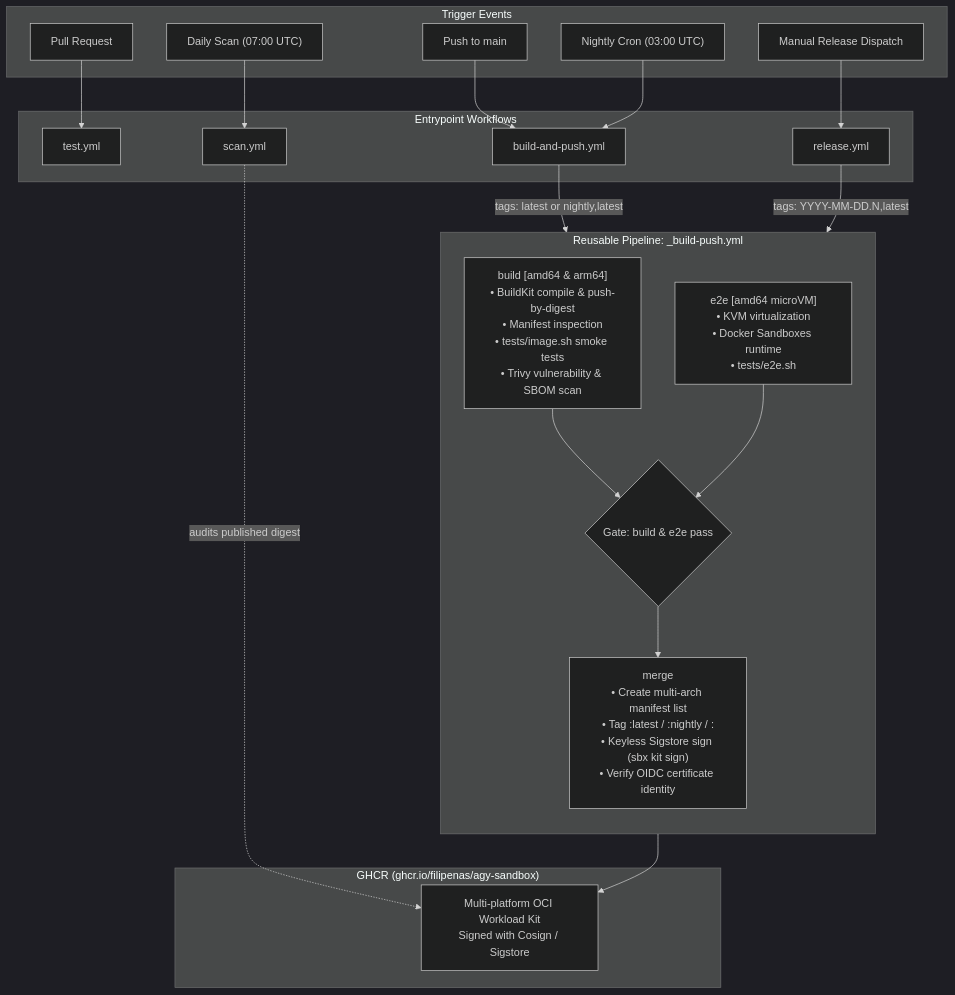
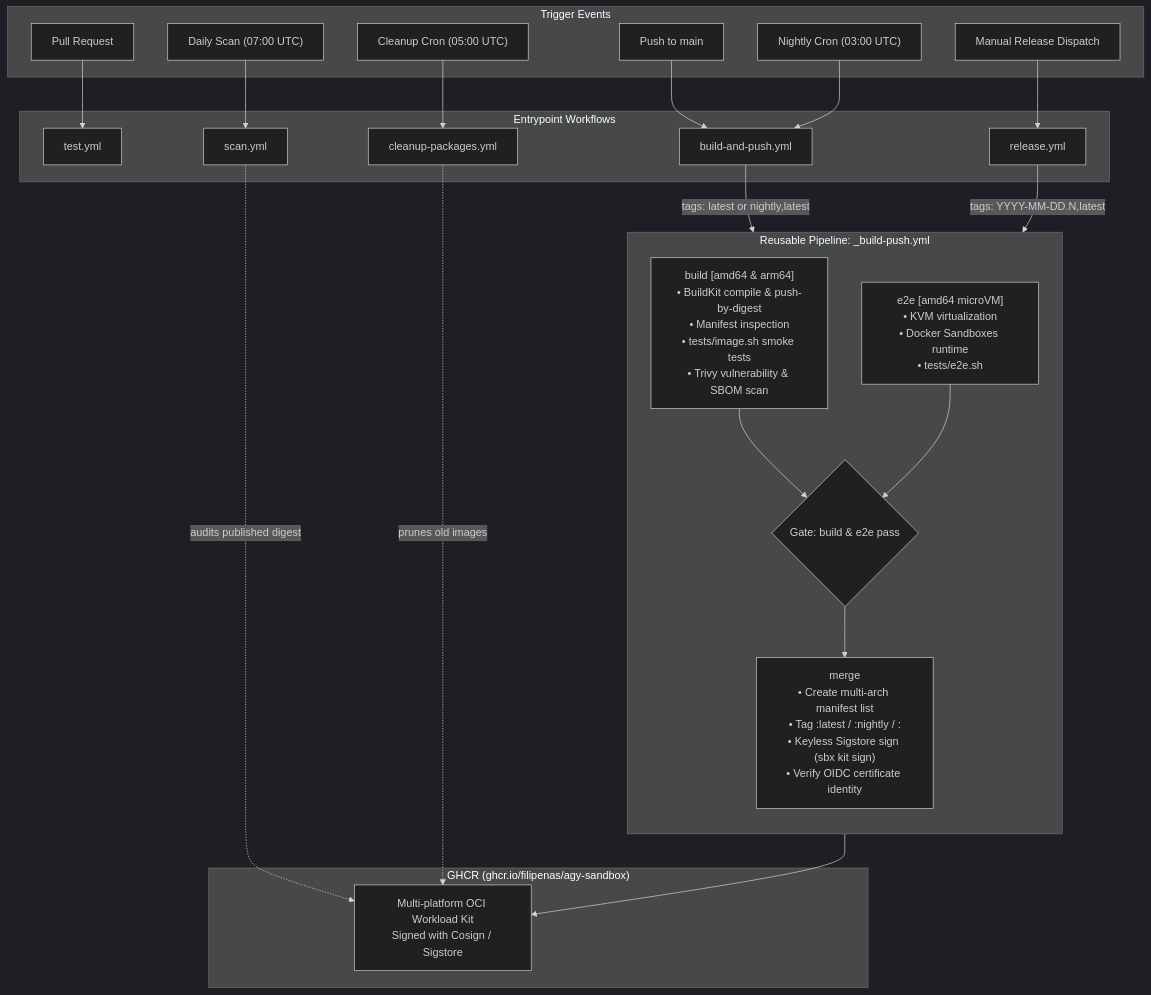
Before and after one commit to FilipeNas/agy-sandbox: the first of 2 diagrams in .github/workflows/README.md, drawn with Mermaid (dark theme). The commit also changed other lines of this file and 4 other files, not shown here.

````diff
--- a/.github/workflows/README.md
+++ b/.github/workflows/README.md
@@ -14,44 +15,48 @@
 ```mermaid
 flowchart TD
     subgraph Triggers["Trigger Events"]
         PR["Pull Request"]
         PushMain["Push to main"]
         Nightly["Nightly Cron (03:00 UTC)"]
         RelDispatch["Manual Release Dispatch"]
+        CleanupCron["Cleanup Cron (05:00 UTC)"]
         ScanCron["Daily Scan (07:00 UTC)"]
     end
 
     subgraph Entrypoints["Entrypoint Workflows"]
         TestWf["test.yml"]
         BuildPushWf["build-and-push.yml"]
         ReleaseWf["release.yml"]
+        CleanupWf["cleanup-packages.yml"]
         ScanWf["scan.yml"]
     end
 
     subgraph Core["Reusable Pipeline: _build-push.yml"]
         direction TB
         BuildMatrix["build [amd64 & arm64]<br/>• BuildKit compile & push-by-digest<br/>• Manifest inspection<br/>• tests/image.sh smoke tests<br/>• Trivy vulnerability & SBOM scan"]
         E2E["e2e [amd64 microVM]<br/>• KVM virtualization<br/>• Docker Sandboxes runtime<br/>• tests/e2e.sh"]
         MergeGate{"Gate: build & e2e pass"}
         PublishSign["merge<br/>• Create multi-arch manifest list<br/>• Tag :latest / :nightly / :<version><br/>• Keyless Sigstore sign (sbx kit sign)<br/>• Verify OIDC certificate identity"]
 
         BuildMatrix --> MergeGate
         E2E --> MergeGate
         MergeGate --> PublishSign
     end
 
     subgraph Registry["GHCR (ghcr.io/filipenas/agy-sandbox)"]
         GHCR["Multi-platform OCI Workload Kit<br/>Signed with Cosign / Sigstore"]
     end
 
     PR --> TestWf
     PushMain --> BuildPushWf
     Nightly --> BuildPushWf
     RelDispatch --> ReleaseWf
+    CleanupCron --> CleanupWf
     ScanCron --> ScanWf
 
     BuildPushWf -->|tags: latest or nightly,latest| Core
     ReleaseWf -->|tags: YYYY-MM-DD.N,latest| Core
     Core --> GHCR
     ScanWf -.->|audits published digest| GHCR
+    CleanupWf -.->|prunes old images| GHCR
 ```
````
